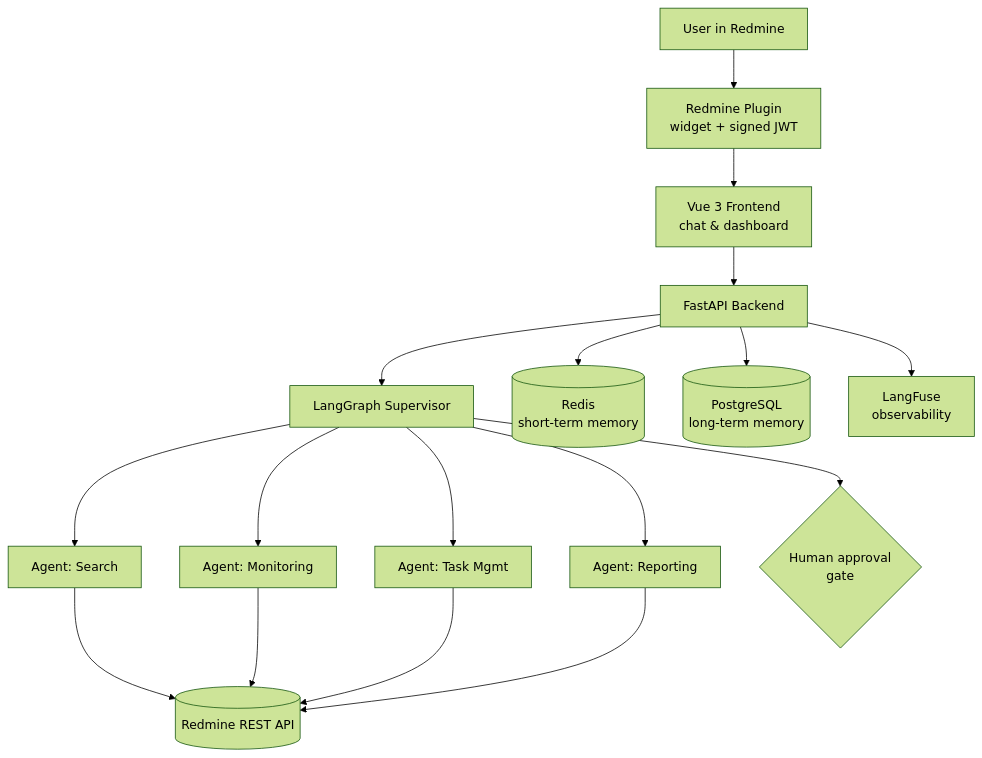
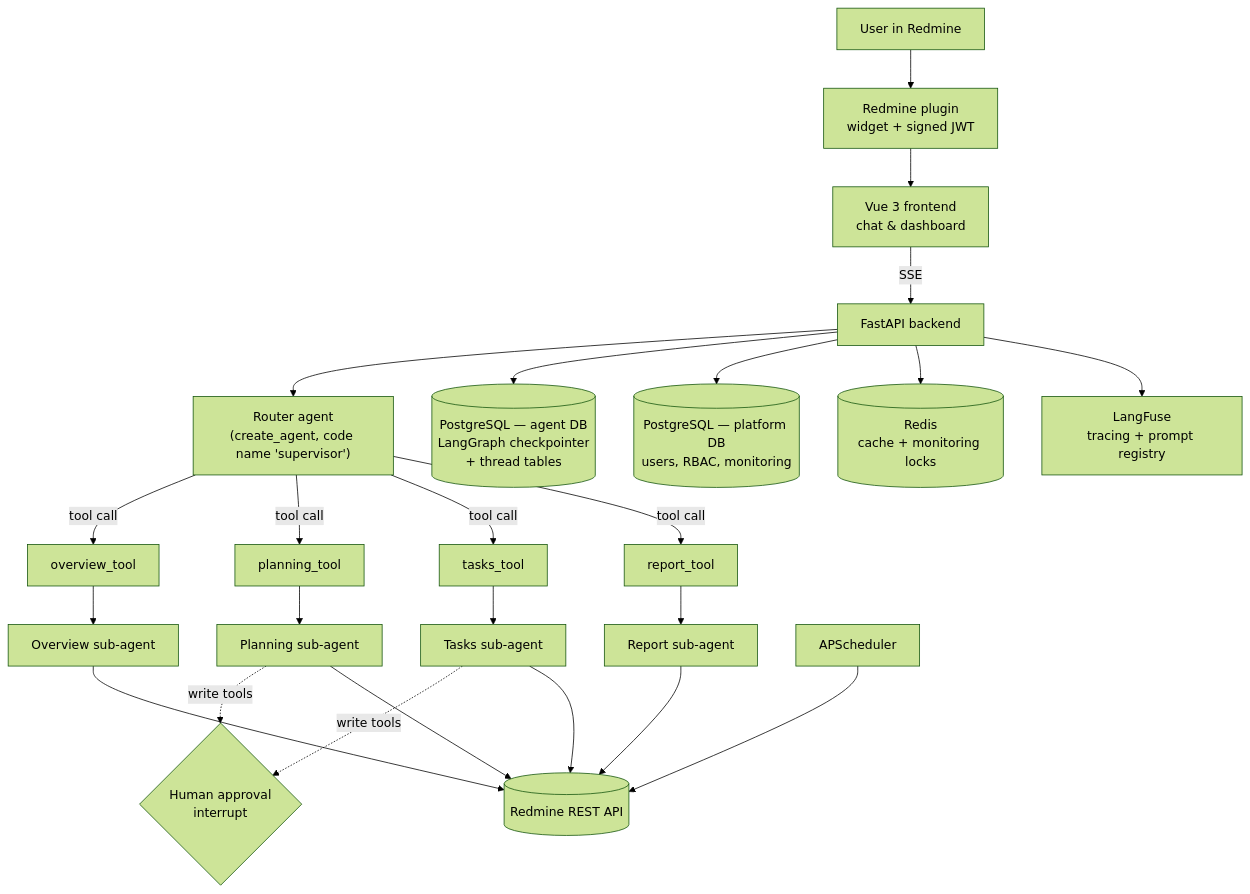
One commit to AzizK97/RedSage changed the diagram in README.md. Above: the diagram before and after it, drawn with Mermaid (forest theme). The commit also changed other lines of this file and 1 other file, not shown here.

````diff
--- a/README.md
+++ b/README.md
@@ -36,16 +36,22 @@
 ```mermaid
 flowchart TD
-    U[User in Redmine] --> P[Redmine Plugin<br/>widget + signed JWT]
-    P --> F[Vue 3 Frontend<br/>chat & dashboard]
-    F --> B[FastAPI Backend]
-    B --> S[LangGraph Supervisor]
-    S --> A1[Agent: Search]
-    S --> A2[Agent: Monitoring]
-    S --> A3[Agent: Task Mgmt]
-    S --> A4[Agent: Reporting]
+    U[User in Redmine] --> P[Redmine plugin<br/>widget + signed JWT]
+    P --> F[Vue 3 frontend<br/>chat & dashboard]
+    F -->|SSE| B[FastAPI backend]
+    B --> R["Router agent<br/>(create_agent, code name 'supervisor')"]
+    R -->|tool call| T1[overview_tool]
+    R -->|tool call| T2[planning_tool]
+    R -->|tool call| T3[tasks_tool]
+    R -->|tool call| T4[report_tool]
+    T1 --> A1[Overview sub-agent]
+    T2 --> A2[Planning sub-agent]
+    T3 --> A3[Tasks sub-agent]
+    T4 --> A4[Report sub-agent]
+    A2 & A3 -.->|write tools| HITL{Human approval<br/>interrupt}
     A1 & A2 & A3 & A4 --> RM[(Redmine REST API)]
-    S --> HITL{Human approval<br/>gate}
-    B --> RD[(Redis<br/>short-term memory)]
-    B --> PG[(PostgreSQL<br/>long-term memory)]
-    B --> LF[LangFuse<br/>observability]
+    B --> PGA[(PostgreSQL — agent DB<br/>LangGraph checkpointer<br/>+ thread tables)]
+    B --> PGP[(PostgreSQL — platform DB<br/>users, RBAC, monitoring)]
+    B --> RD[(Redis<br/>cache + monitoring locks)]
+    B --> LF[LangFuse<br/>tracing + prompt registry]
+    SCH[APScheduler] --> RM
 ```
````
